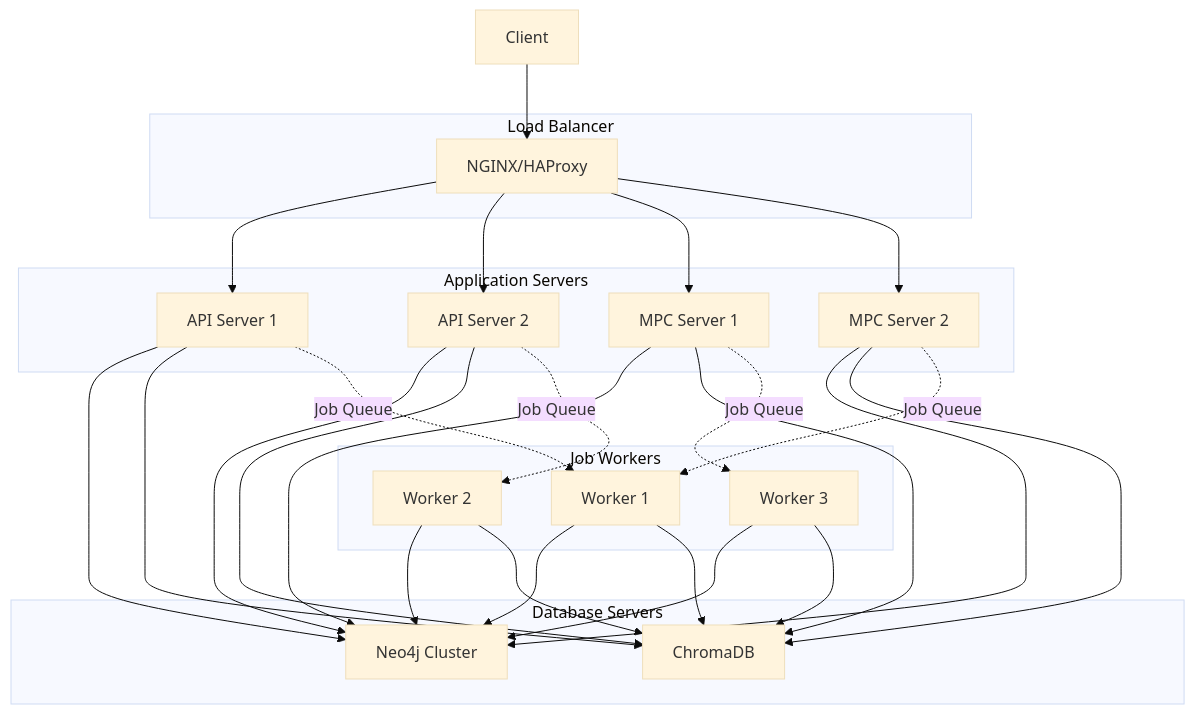
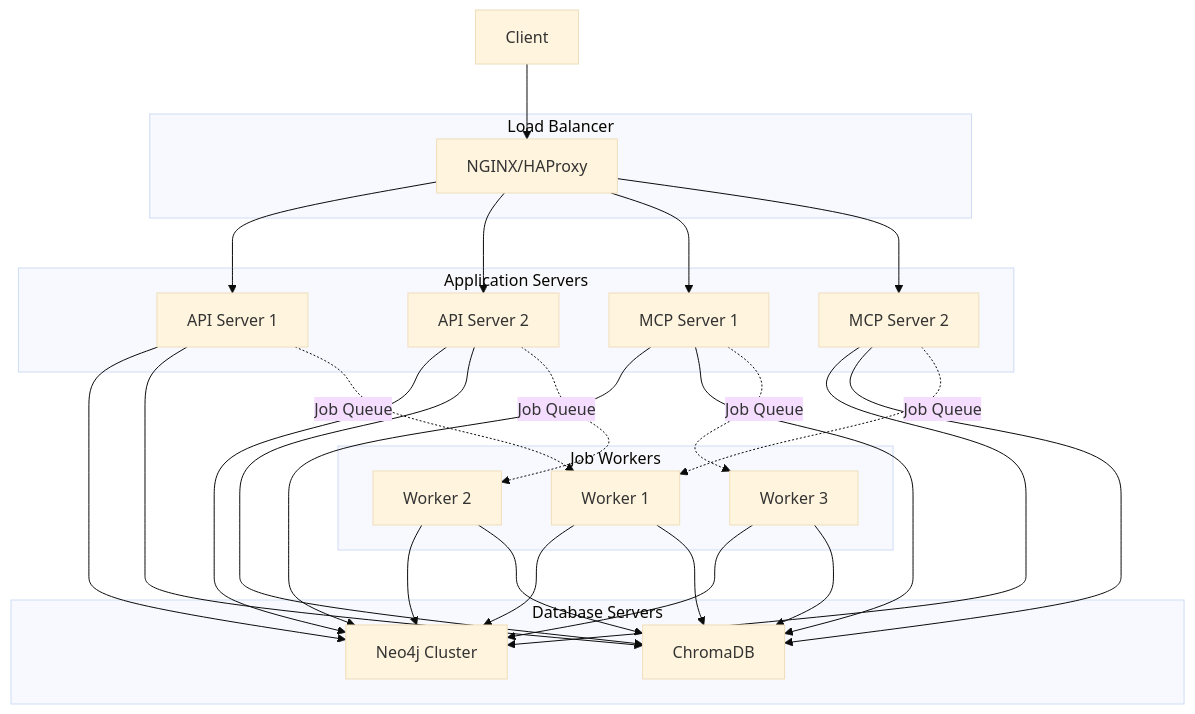
Diagram 13 of 13 in specs/design/design.md (agileandy/graphRAG), drawn with Mermaid (base theme) before and after one commit. The commit also changed other lines of this file and 18 other files, not shown here.

````diff
--- a/specs/design/design.md
+++ b/specs/design/design.md
@@ -653,52 +656,52 @@
 ```mermaid
 graph TD
     subgraph Load Balancer
         LB[NGINX/HAProxy]
     end
 
     subgraph Application Servers
         API1[API Server 1]
         API2[API Server 2]
-        MPC1[MPC Server 1]
-        MPC2[MPC Server 2]
+        MCP1[MCP Server 1]
+        MCP2[MCP Server 2]
     end
 
     subgraph Database Servers
         Neo4j[Neo4j Cluster]
         ChromaDB[ChromaDB]
     end
 
     subgraph Job Workers
         Worker1[Worker 1]
         Worker2[Worker 2]
         Worker3[Worker 3]
     end
 
     Client[Client] --> LB
     LB --> API1
     LB --> API2
-    LB --> MPC1
-    LB --> MPC2
+    LB --> MCP1
+    LB --> MCP2
 
     API1 --> Neo4j
     API2 --> Neo4j
-    MPC1 --> Neo4j
-    MPC2 --> Neo4j
+    MCP1 --> Neo4j
+    MCP2 --> Neo4j
 
     API1 --> ChromaDB
     API2 --> ChromaDB
-    MPC1 --> ChromaDB
-    MPC2 --> ChromaDB
+    MCP1 --> ChromaDB
+    MCP2 --> ChromaDB
 
     API1 -.-> |Job Queue| Worker1
     API2 -.-> |Job Queue| Worker2
-    MPC1 -.-> |Job Queue| Worker3
-    MPC2 -.-> |Job Queue| Worker1
+    MCP1 -.-> |Job Queue| Worker3
+    MCP2 -.-> |Job Queue| Worker1
 
     Worker1 --> Neo4j
     Worker2 --> Neo4j
     Worker3 --> Neo4j
     Worker1 --> ChromaDB
     Worker2 --> ChromaDB
     Worker3 --> ChromaDB
 ```
````
